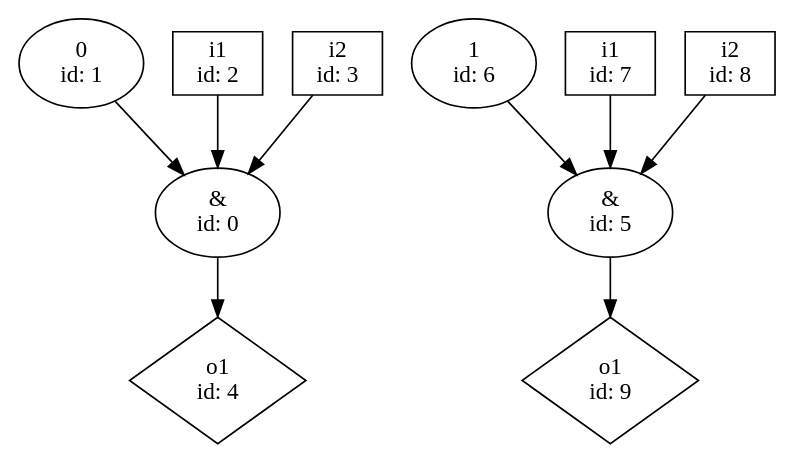
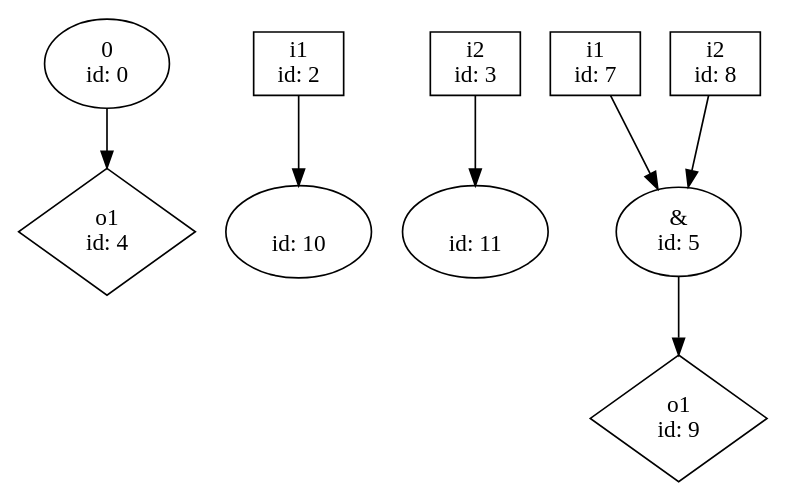
One commit to p9romain/bool-circuits changed the diagram in dot_files/bool_circ/transform/and_done_transform_fct.dot. Above: the diagram before and after it, drawn with Graphviz. The commit also changed 88 other files, not shown here.

```diff
--- a/dot_files/bool_circ/transform/and_done_transform_fct.dot
+++ b/dot_files/bool_circ/transform/and_done_transform_fct.dot
@@ -1,20 +1,18 @@
 digraph G {
-n0 [label="&\n id: 0"];
-n1 [label="0\n id: 1"];
+n0 [label="0\n id: 0"];
 n2 [label="i1\n id: 2",shape="box"];
 n3 [label="i2\n id: 3",shape="box"];
 n4 [label="o1\n id: 4",shape="diamond"];
 n5 [label="&\n id: 5"];
-n6 [label="1\n id: 6"];
 n7 [label="i1\n id: 7",shape="box"];
 n8 [label="i2\n id: 8",shape="box"];
 n9 [label="o1\n id: 9",shape="diamond"];
+n10 [label="\n id: 10"];
+n11 [label="\n id: 11"];
 n0 -> n4
-n1 -> n0
-n2 -> n0
-n3 -> n0
+n2 -> n10
+n3 -> n11
 n5 -> n9
-n6 -> n5
 n7 -> n5
 n8 -> n5
 }
```
